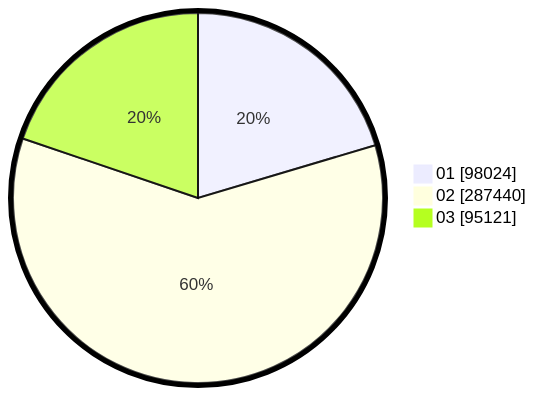
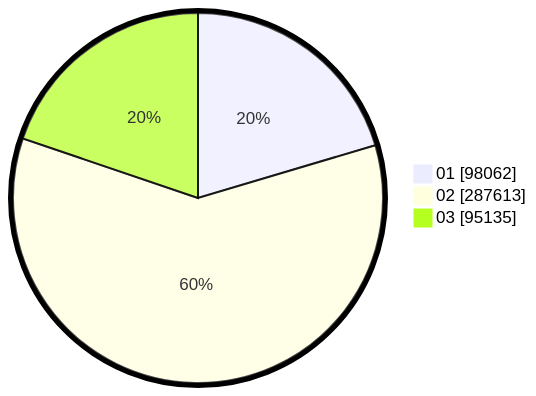
One commit to gigit-pemilu/pemilu-2024 changed the second of 2 diagrams in pilpres/hitung-suara/sub/table-wilayah-99.md. Above: the diagram before and after it, drawn with Mermaid. The commit also changed other lines of this file and 4 other files, not shown here.

````diff
--- a/pilpres/hitung-suara/sub/table-wilayah-99.md
+++ b/pilpres/hitung-suara/sub/table-wilayah-99.md
@@ -15,7 +15,7 @@
 ```mermaid
 %%{init: {"pie": {"textPosition": 0.5}, "themeVariables": {"pieOuterStrokeWidth": "5px"}} }%%
 pie showData
-    "01" : 98024
-    "02" : 287440
-    "03" : 95121
+    "01" : 98062
+    "02" : 287613
+    "03" : 95135
 ```
````
